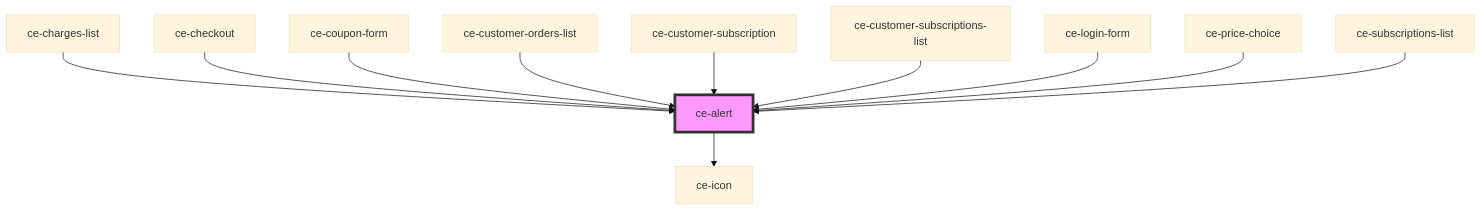
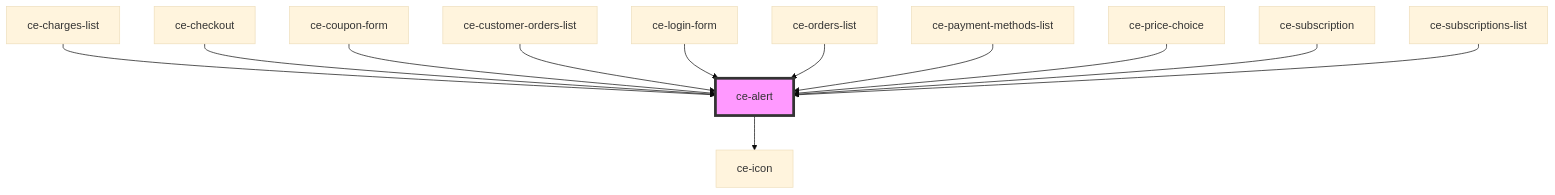
Before and after one commit to surecart/surecart-wp-plugin: the diagram in packages/components/src/components/ui/alert/readme.md, drawn with Mermaid (base theme). The commit also changed other lines of this file and 162 other files, not shown here.

````diff
--- a/packages/components/src/components/ui/alert/readme.md
+++ b/packages/components/src/components/ui/alert/readme.md
@@ -79,14 +80,15 @@
 ```mermaid
 graph TD;
   ce-alert --> ce-icon
   ce-charges-list --> ce-alert
   ce-checkout --> ce-alert
   ce-coupon-form --> ce-alert
   ce-customer-orders-list --> ce-alert
-  ce-customer-subscription --> ce-alert
-  ce-customer-subscriptions-list --> ce-alert
   ce-login-form --> ce-alert
+  ce-orders-list --> ce-alert
+  ce-payment-methods-list --> ce-alert
   ce-price-choice --> ce-alert
+  ce-subscription --> ce-alert
   ce-subscriptions-list --> ce-alert
   style ce-alert fill:#f9f,stroke:#333,stroke-width:4px
 ```
````
